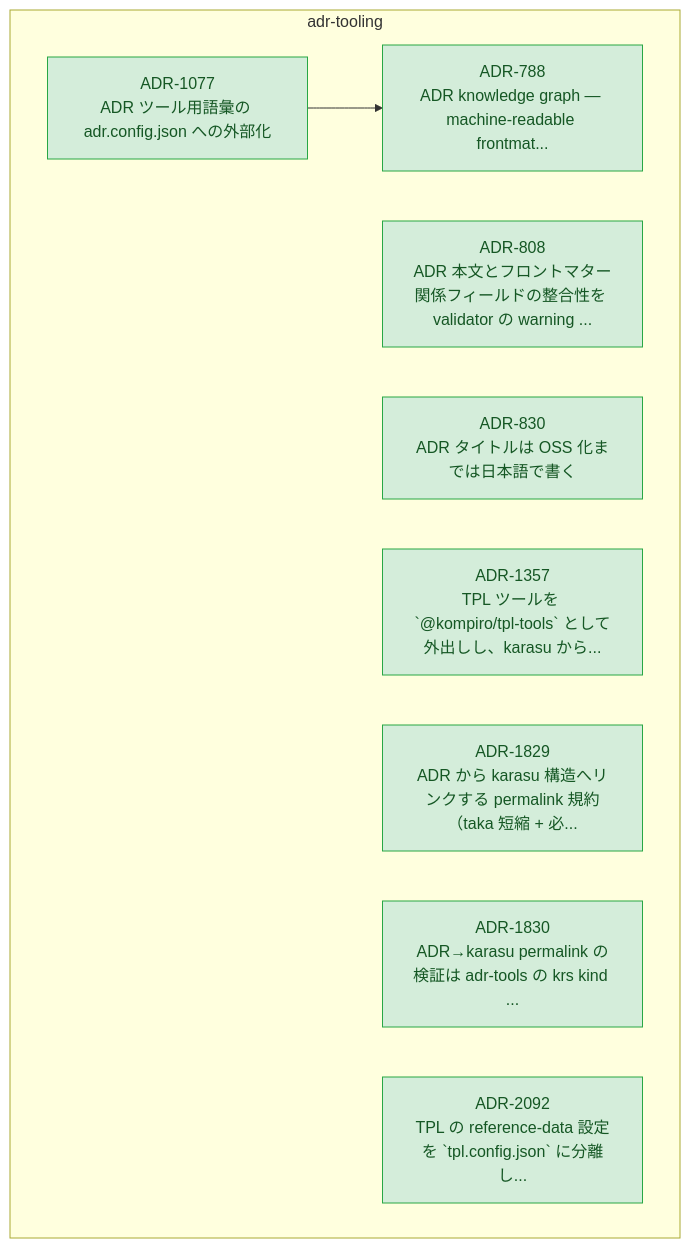
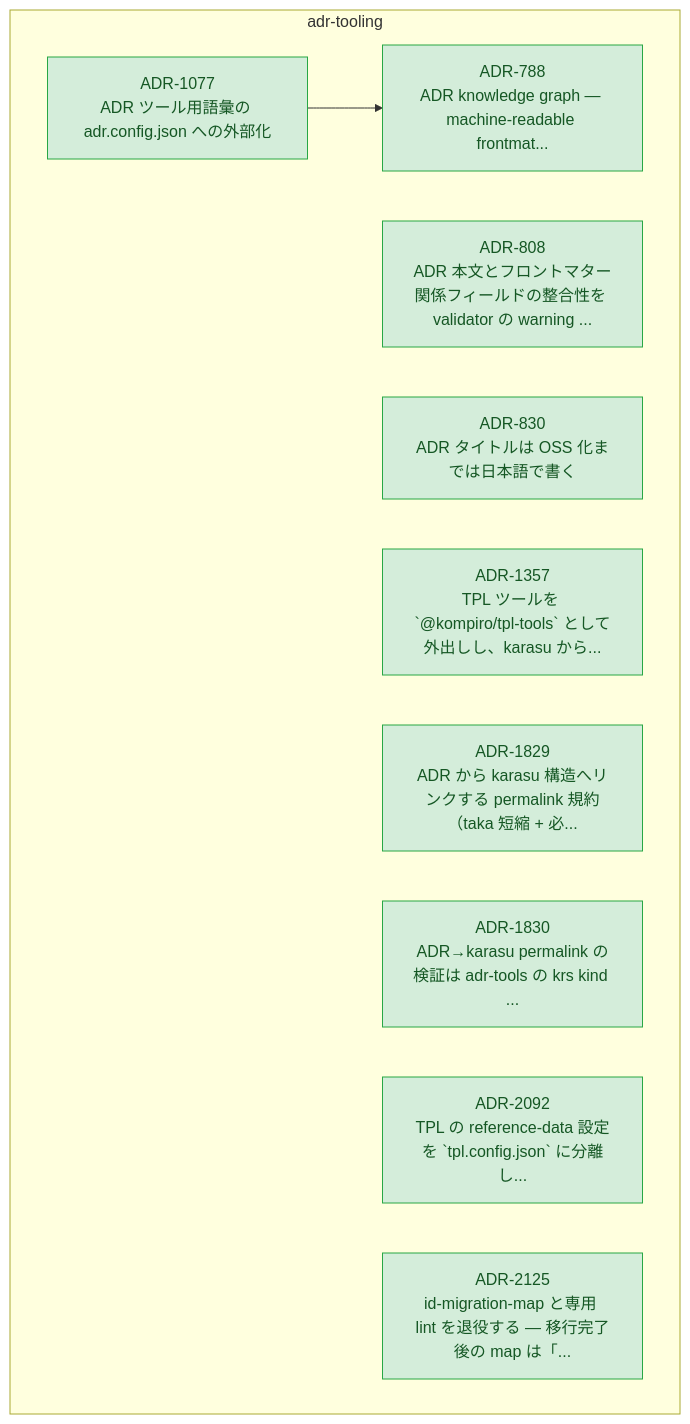
Before and after one commit to kompiro/karasu: the diagram in docs/adr/graph/adr-tooling.md, drawn with Mermaid. The commit also changed other lines of this file and 3 other files, not shown here.

First line of the commit message:
docs(adr): record the id-map retirement as ADR-2125

````diff
--- a/docs/adr/graph/adr-tooling.md
+++ b/docs/adr/graph/adr-tooling.md
@@ -6,29 +6,31 @@
 ```mermaid
 flowchart TD
   subgraph adr-tooling["adr-tooling"]
     ADR_788["ADR-788<br/>ADR knowledge graph — machine-readable frontmat..."]
     ADR_808["ADR-808<br/>ADR 本文とフロントマター関係フィールドの整合性を validator の warning ..."]
     ADR_830["ADR-830<br/>ADR タイトルは OSS 化までは日本語で書く"]
     ADR_1077["ADR-1077<br/>ADR ツール用語彙の adr.config.json への外部化"]
     ADR_1357["ADR-1357<br/>TPL ツールを `@kompiro/tpl-tools` として外出しし、karasu から..."]
     ADR_1829["ADR-1829<br/>ADR から karasu 構造へリンクする permalink 規約（taka 短縮 + 必..."]
     ADR_1830["ADR-1830<br/>ADR→karasu permalink の検証は adr-tools の krs kind ..."]
     ADR_2092["ADR-2092<br/>TPL の reference-data 設定を `tpl.config.json` に分離し..."]
+    ADR_2125["ADR-2125<br/>id-migration-map と専用 lint を退役する — 移行完了後の map は「..."]
   end
   ADR_1077 --> ADR_788
 
   classDef accepted fill:#d4edda,stroke:#28a745,color:#155724
   classDef proposed fill:#fff3cd,stroke:#ffc107,color:#856404
   classDef deprecated fill:#f8d7da,stroke:#dc3545,color:#721c24
   classDef superseded fill:#e2e3e5,stroke:#6c757d,color:#383d41
   classDef not_adopted fill:#e2e3e5,stroke:#6c757d,color:#383d41,stroke-dasharray:3 3
   classDef ghost fill:#f5f5f5,stroke:#adb5bd,color:#6c757d,stroke-dasharray:2 2
   class ADR_788 accepted
   class ADR_808 accepted
   class ADR_830 accepted
   class ADR_1077 accepted
   class ADR_1357 accepted
   class ADR_1829 accepted
   class ADR_1830 accepted
   class ADR_2092 accepted
+  class ADR_2125 accepted
 ```
````
